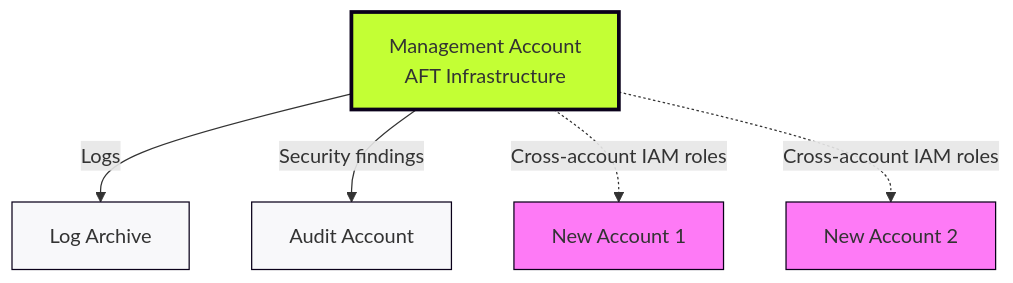
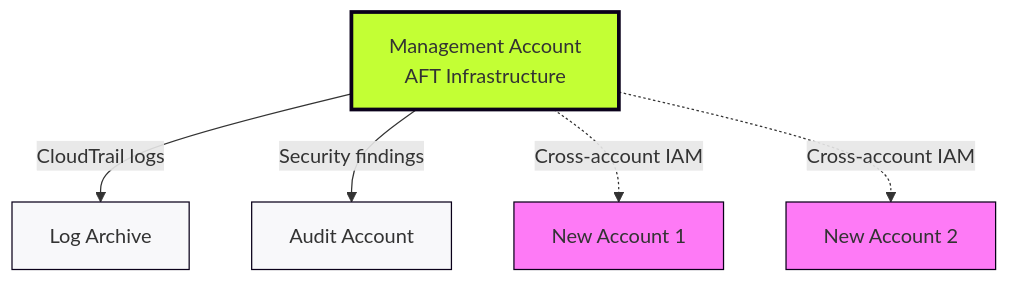
The first of 2 diagrams in slides/02-architecture.md (ken-createfuture-demo/aft-demo-presentation), drawn with Mermaid before and after one commit. The commit also changed other lines of this file and 1 other file, not shown here.

````diff
--- a/slides/02-architecture.md
+++ b/slides/02-architecture.md
@@ -18,14 +17,14 @@
 ```mermaid
 graph TB
     MA[Management Account<br/>AFT Infrastructure] 
-    MA -->|Logs| LA[Log Archive]
+    MA -->|CloudTrail logs| LA[Log Archive]
     MA -->|Security findings| AA[Audit Account]
-    MA -.Cross-account IAM roles.-> NA1[New Account 1]
-    MA -.Cross-account IAM roles.-> NA2[New Account 2]
+    MA -.Cross-account IAM.-> NA1[New Account 1]
+    MA -.Cross-account IAM.-> NA2[New Account 2]
     
     style MA fill:#C3FF34,stroke:#0A001A,stroke-width:3px
     style LA fill:#F8F8FA,stroke:#0A001A
     style AA fill:#F8F8FA,stroke:#0A001A
     style NA1 fill:#FE7AF6,stroke:#0A001A
     style NA2 fill:#FE7AF6,stroke:#0A001A
 ```
````
